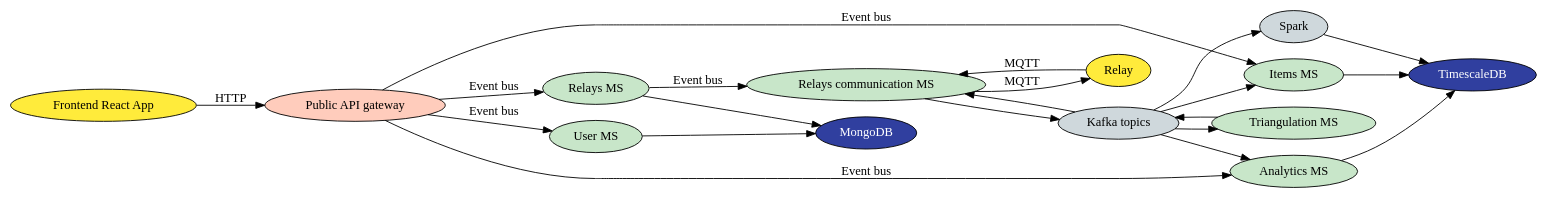
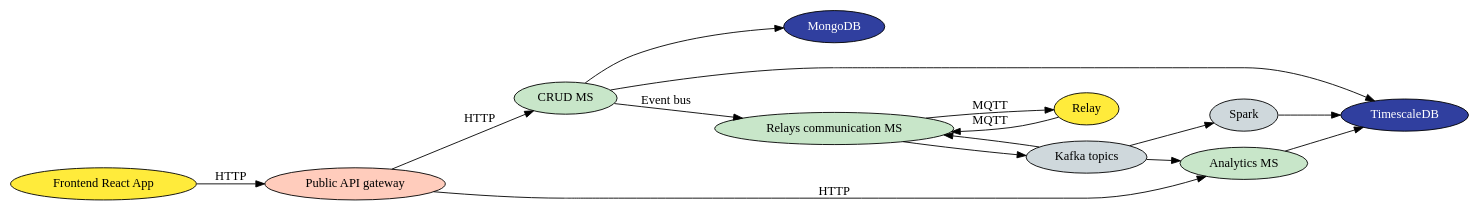
The diagram in documentation/architecture.dot (B-IoT/vertx-backend), drawn with Graphviz before and after one commit. The commit also changed 1 other file, not shown here.

Commit message:
Update architecture diagram

```diff
--- a/documentation/architecture.dot
+++ b/documentation/architecture.dot
@@ -1,48 +1,45 @@
 digraph architecture {
   rankdir=LR;
   
   // Storage - #303F9F (dark blue)
   node[fillcolor="#303F9F" style="filled" fontcolor="white"];
   timescale_db[label="TimescaleDB"]; mongo_db[label="MongoDB"];
   
   // Client-side products - #FFEB3B (yellow)
   node[fillcolor="#FFEB3B" style="filled" fontcolor="black"];
   frontend[label="Frontend React App"]; relay[label="Relay"]
   
   // Microservices - #C8E6C9 (light green)
   node[fillcolor="#C8E6C9" style="filled" fontcolor="black"];
-  relays_communication_ms[label="Relays communication MS"]; relays_ms[label="Relays MS"]; user_ms[label="User MS"]; items_ms[label="Items MS"]; analytics_ms[label="Analytics MS"]; triangulation_ms[label="Triangulation MS"];
+  relays_communication_ms[label="Relays communication MS"]; crud_ms[label="CRUD MS"]; analytics_ms[label="Analytics MS"];
   
   // API Gateways - #FFCCBC (light orange)
   node[fillcolor="#FFCCBC" style="filled" fontcolor="black"];
   public_api[label="Public API gateway"];
   
   // 3rd-party tools - #CFD8DC (light grey)
   node[fillcolor="#CFD8DC" style="filled" fontcolor="black"];
   kafka[label="Kafka topics"]; spark[label="Spark"];
 
   subgraph client_side_apps {
       frontend -> {public_api} [label="HTTP"];
   }
   
   subgraph relays {
       relay -> { relays_communication_ms } [label="MQTT"];
   }
   
   subgraph api_gateways {
-      public_api -> {relays_ms, user_ms, items_ms, analytics_ms} [label="Event bus"];
+      public_api -> {crud_ms, analytics_ms} [label="HTTP"];
   }
   
   subgraph microservices {
       relays_communication_ms -> {relay} [label="MQTT"];
       relays_communication_ms -> {kafka};
-      triangulation_ms -> {kafka};
-      kafka -> {relays_communication_ms, triangulation_ms, spark, items_ms, analytics_ms};
-      relays_ms -> {mongo_db};
-      relays_ms -> {relays_communication_ms} [label="Event bus"];
-      user_ms -> {mongo_db};
-      items_ms -> {timescale_db};
+      kafka -> {relays_communication_ms, spark, analytics_ms};
+      crud_ms -> {mongo_db, timescale_db};
+      crud_ms -> {relays_communication_ms} [label="Event bus"];
       spark -> {timescale_db};
       analytics_ms -> {timescale_db};
   }
 }
```
